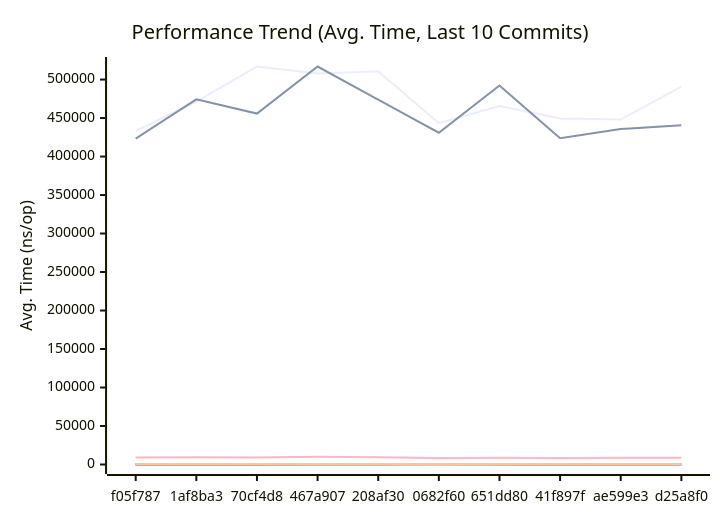
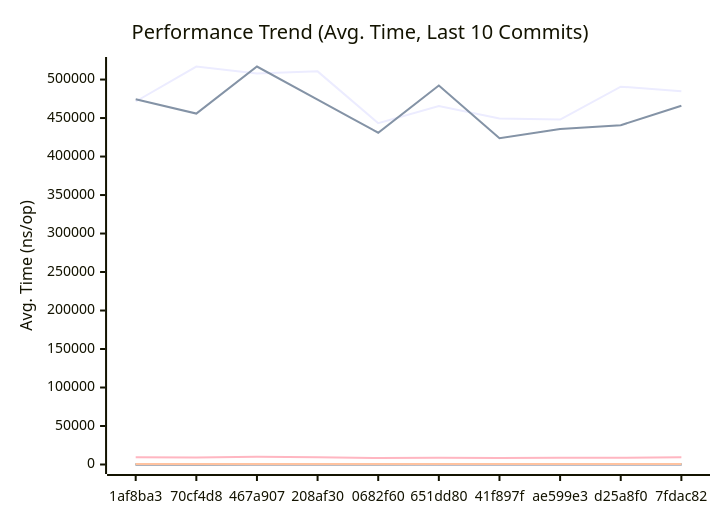
Before and after one commit to alsotoes/momo: the first of 3 diagrams in docs/PERFORMANCE.md, drawn with Mermaid. The commit also changed other lines of this file and 3 other files, not shown here.

````diff
--- a/docs/PERFORMANCE.md
+++ b/docs/PERFORMANCE.md
@@ -145,20 +145,20 @@
 ```mermaid
 xychart-beta
     title "Performance Trend (Avg. Time, Last 10 Commits)"
     x-axis "Commit"
     y-axis "Avg. Time (ns/op)"
-    x-axis [f05f787,1af8ba3,70cf4d8,467a907,208af30,0682f60,651dd80,41f897f,ae599e3,d25a8f0]
-    line "AWSChunkedReaderSigned" [433269,471486,516881,507945,510634,443312,465495,449386,448000,490719]
-    line "AWSChunkedReaderUnsigned" [423356,474357,455846,516953,473850,430915,492166,423737,435828,440689]
-    line "CheckMetricsAndSwap" [8,8,10,11,10,9,8,8,9,8]
-    line "CrushOptimized" [323,350,364,346,377,292,388,386,330,354]
-    line "CrushOriginal" [539,458,474,505,535,424,557,423,425,439]
+    x-axis [1af8ba3,70cf4d8,467a907,208af30,0682f60,651dd80,41f897f,ae599e3,d25a8f0,7fdac82]
+    line "AWSChunkedReaderSigned" [471486,516881,507945,510634,443312,465495,449386,448000,490719,484836]
+    line "AWSChunkedReaderUnsigned" [474357,455846,516953,473850,430915,492166,423737,435828,440689,465971]
+    line "CheckMetricsAndSwap" [8,10,11,10,9,8,8,9,8,10]
+    line "CrushOptimized" [350,364,346,377,292,388,386,330,354,427]
+    line "CrushOriginal" [458,474,505,535,424,557,423,425,439,459]
     line "IndexDirectTracking" [0,0,0,0,0,0,0,0,0,0]
-    line "IndexSearch" [3,3,3,3,3,3,3,2,2,2]
-    line "LoadGlobalConfig" [9120,9517,9076,10103,9520,8358,8807,8472,8919,8791]
-    line "PadString" [44,44,45,50,50,38,50,47,41,47]
+    line "IndexSearch" [3,3,3,3,3,3,2,2,2,2]
+    line "LoadGlobalConfig" [9517,9076,10103,9520,8358,8807,8472,8919,8791,9473]
+    line "PadString" [44,45,50,50,38,50,47,41,47,46]
     line "ParseReplicationOrder_NoPrealloc" [350,349,357,354,345,225,229,165,232,234]
     line "ParseReplicationOrder_Prealloc" [229,231,237,234,229,108,107,80,110,109]
-    line "SanitizeLog/Safe" [444,474,429,578,516,490,475,259,236,446]
-    line "SanitizeLog/Unsafe" [520,580,718,732,656,551,638,691,701,564]
+    line "SanitizeLog/Safe" [474,429,578,516,490,475,259,236,446,421]
+    line "SanitizeLog/Unsafe" [580,718,732,656,551,638,691,701,564,628]
 ```
````
